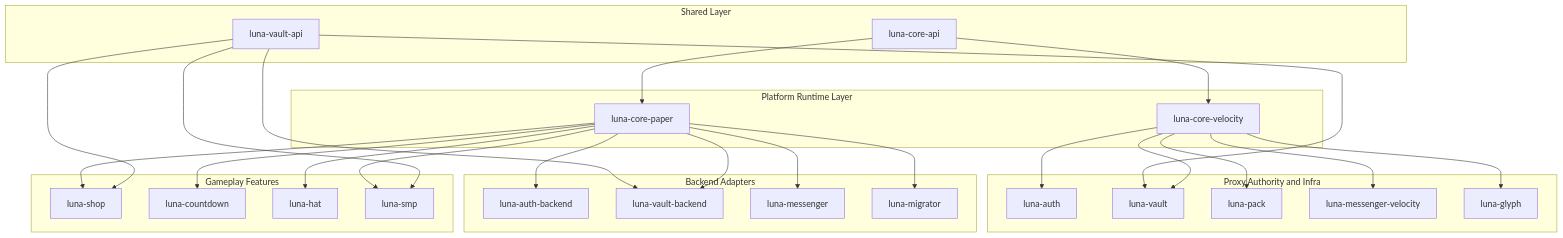
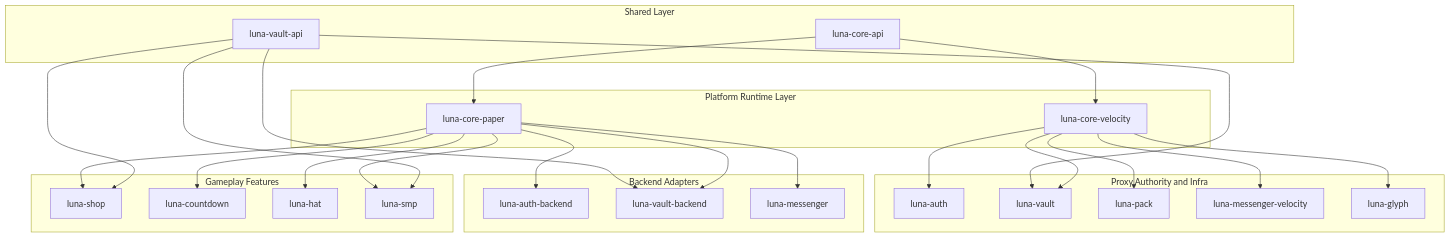
One commit to Belikhun/luna-plugins changed the second of 6 diagrams in README.md. Above: the diagram before and after it, drawn with Mermaid. The commit also changed other lines of this file and 188 other files, not shown here.

````diff
--- a/README.md
+++ b/README.md
@@ -145,54 +142,52 @@
 ```mermaid
 flowchart TB
     subgraph Shared[Shared Layer]
         CoreApi[luna-core-api]
         VaultApi[luna-vault-api]
     end
 
     subgraph Runtime[Platform Runtime Layer]
         CorePaper[luna-core-paper]
         CoreVelocity[luna-core-velocity]
     end
 
     subgraph ProxyAuthority[Proxy Authority and Infra]
         Auth[luna-auth]
         Vault[luna-vault]
         Pack[luna-pack]
         MessengerV[luna-messenger-velocity]
         Glyph[luna-glyph]
     end
 
     subgraph BackendAdapters[Backend Adapters]
         AuthBackend[luna-auth-backend]
         VaultBackend[luna-vault-backend]
         MessengerP[luna-messenger]
-        Migrator[luna-migrator]
     end
 
     subgraph Features[Gameplay Features]
         Shop[luna-shop]
         Countdown[luna-countdown]
         Hat[luna-hat]
         Smp[luna-smp]
     end
 
     CoreApi --> CorePaper
     CoreApi --> CoreVelocity
     VaultApi --> Vault
     VaultApi --> VaultBackend
     CoreVelocity --> Auth
     CoreVelocity --> Vault
     CoreVelocity --> Pack
     CoreVelocity --> MessengerV
     CoreVelocity --> Glyph
     CorePaper --> AuthBackend
     CorePaper --> VaultBackend
     CorePaper --> MessengerP
-    CorePaper --> Migrator
     CorePaper --> Shop
     CorePaper --> Countdown
     CorePaper --> Hat
     CorePaper --> Smp
     VaultApi --> Shop
     VaultApi --> Smp
 ```
````
